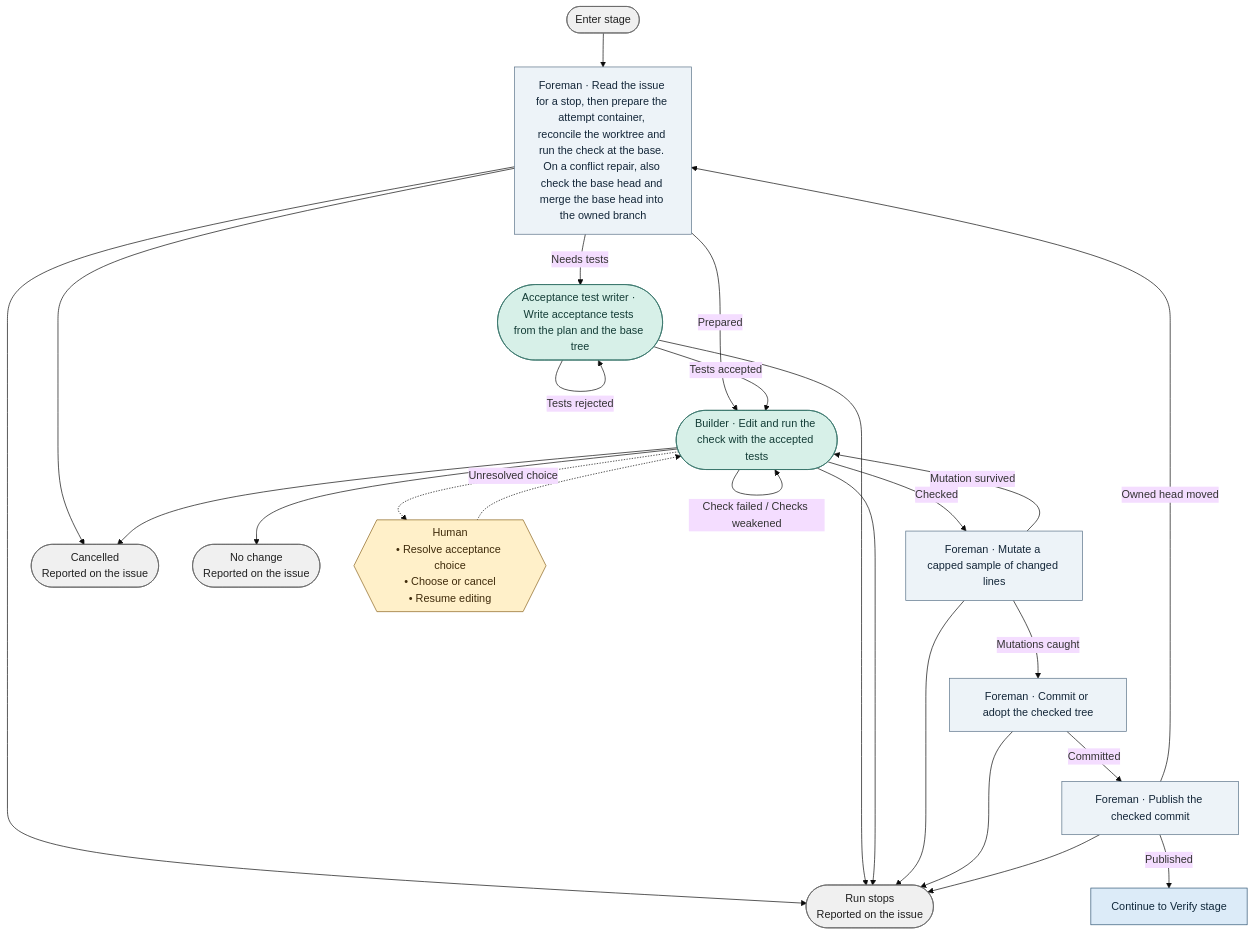
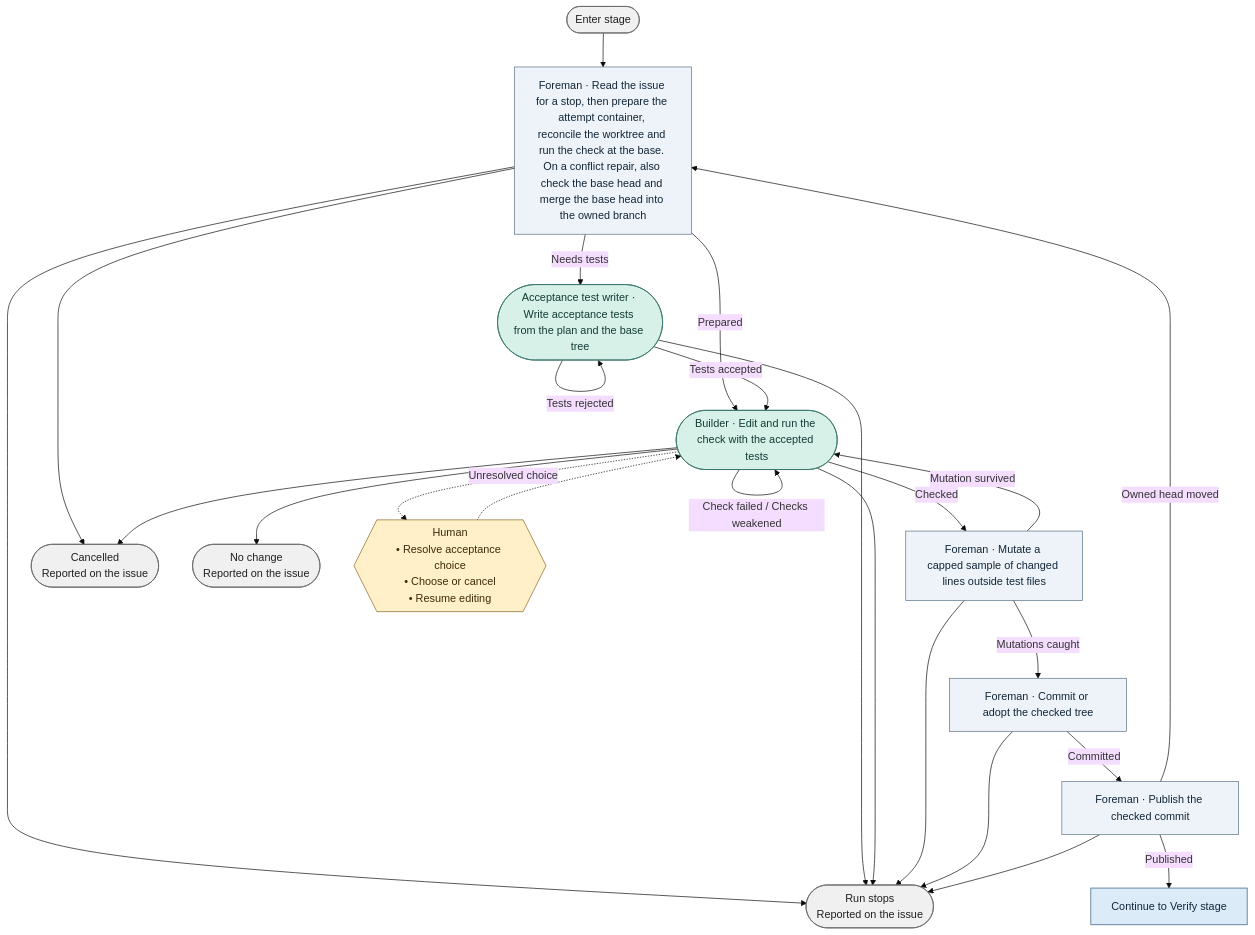
Before and after one commit to bookout-labs/tools: the diagram in docs/graph/blueprint/views/stages/implement.mmd, drawn with Mermaid (base theme). The commit also changed 130 other files, not shown here.

```diff
--- a/docs/graph/blueprint/views/stages/implement.mmd
+++ b/docs/graph/blueprint/views/stages/implement.mmd
@@ -1,41 +1,41 @@
 flowchart TD
     n0(["Enter stage"]):::terminal
     n1["Foreman · Read the issue for a stop, then prepare the attempt container, reconcile the worktree and run the check at the base. On a conflict repair, also check the base head and merge the base head into the owned branch"]:::step
     n2(["Acceptance test writer · Write acceptance tests from the plan and the base tree"]):::worker
     n3(["Builder · Edit and run the check with the accepted tests"]):::worker
-    n4["Foreman · Mutate a capped sample of changed lines"]:::step
+    n4["Foreman · Mutate a capped sample of changed lines outside test files"]:::step
     n5["Foreman · Commit or adopt the checked tree"]:::step
     n6["Foreman · Publish the checked commit"]:::step
     n7(["Cancelled<br/>Reported on the issue"]):::terminal
     n8(["Run stops<br/>Reported on the issue"]):::terminal
     n9(["No change<br/>Reported on the issue"]):::terminal
     n10["Continue to Verify stage"]:::stage
     n11{{"Human<br/>• Resolve acceptance choice<br/>• Choose or cancel<br/>• Resume editing"}}:::gate
     n0 --> n1
     n1 --> n7
     n1 --> n8
     n1 -->|"Needs tests"| n2
     n1 -->|"Prepared"| n3
     n2 --> n8
     n2 -->|"Tests rejected"| n2
     n2 -->|"Tests accepted"| n3
     n3 --> n7
     n3 --> n9
     n3 --> n8
     n3 -->|"Check failed / Checks weakened"| n3
     n3 -->|"Checked"| n4
     n4 --> n8
     n4 -->|"Mutation survived"| n3
     n4 -->|"Mutations caught"| n5
     n5 --> n8
     n5 -->|"Committed"| n6
     n6 --> n8
     n6 -->|"Owned head moved"| n1
     n6 -->|"Published"| n10
     n3 -.->|"Unresolved choice"| n11
     n11 -.-> n3
     classDef stage fill:#dcebf8,stroke:#315675,color:#10283b
     classDef step fill:#edf3f8,stroke:#597187,color:#132638
     classDef worker fill:#d7f0e8,stroke:#357369,color:#133c36
     classDef gate fill:#fff0c9,stroke:#89641f,color:#3f2b0b
     classDef terminal fill:#f0f0f0,stroke:#666666,color:#202020
```
